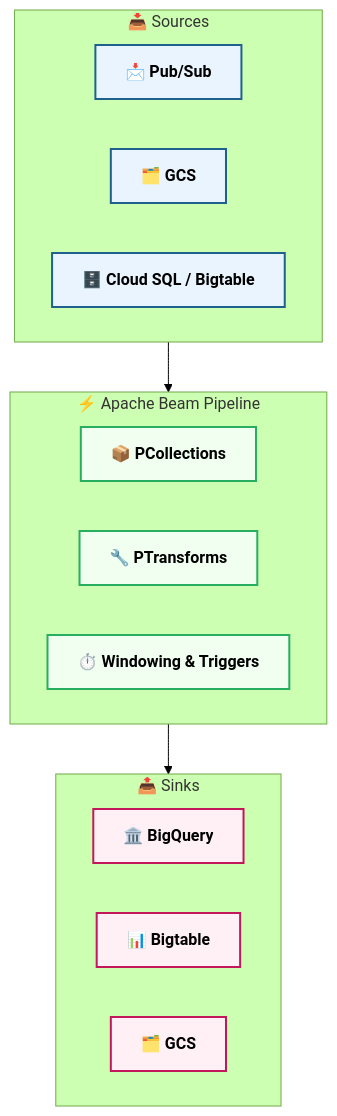
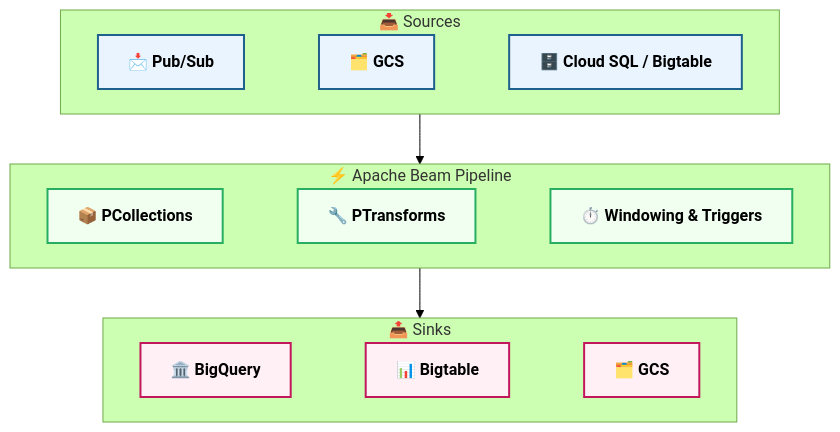
One commit to blaire101/DE2-AWS-Azure-GCP-2025 changed the eighth of 11 diagrams in GCP-interview.md. Above: the diagram before and after it, drawn with Mermaid (forest theme).

````diff
--- a/GCP-interview.md
+++ b/GCP-interview.md
@@ -366,34 +366,53 @@
 ```mermaid
+%%{init: {'flowchart': {'rankSpacing': 50, 'nodeSpacing': 30}}}%%
 flowchart TB
     %% ===== Styles =====
     classDef source fill:#eaf4ff,stroke:#1f618d,stroke-width:2px,color:#000,font-weight:bold
     classDef pipeline fill:#f0fff0,stroke:#27ae60,stroke-width:2px,color:#000,font-weight:bold
     classDef sink fill:#fff0f6,stroke:#c2185b,stroke-width:2px,color:#000,font-weight:bold
 
-    %% ===== Source Layer =====
+    %% ===== Source Layer (subgraph 内部横排) =====
     subgraph Source["📥 Sources"]
         direction LR
         Pub[📩 Pub/Sub]:::source
         GCS[🗂️ GCS]:::source
         DB[🗄️ Cloud SQL / Bigtable]:::source
+        %% 隐形连线，强制同一行
+        Pub --- GCS
+        GCS --- DB
     end
 
-    %% ===== Pipeline Layer =====
+    %% ===== Pipeline Layer (subgraph 内部横排) =====
     subgraph Pipeline["⚡ Apache Beam Pipeline"]
         direction LR
         PC[📦 PCollections]:::pipeline
         PT[🔧 PTransforms]:::pipeline
         WN[⏱️ Windowing & Triggers]:::pipeline
+        %% 隐形连线，强制同一行
+        PC --- PT
+        PT --- WN
     end
 
-    %% ===== Sink Layer =====
+    %% ===== Sink Layer (subgraph 内部横排) =====
     subgraph Sink["📤 Sinks"]
         direction LR
         BQ[🏛️ BigQuery]:::sink
         BT[📊 Bigtable]:::sink
         GCS2[🗂️ GCS]:::sink
+        %% 隐形连线，强制同一行
+        BQ --- BT
+        BT --- GCS2
     end
 
-    %% ===== Flows =====
-    Source --> Pipeline --> Sink
+    %% ===== Flows between layers (竖向堆叠) =====
+    Source --> Pipeline
+    Pipeline --> Sink
+
+    %% 把上面的“隐形连线”真正隐藏（前6条是三组 subgraph 内的连线）
+    linkStyle 0 stroke-width:0px,opacity:0
+    linkStyle 1 stroke-width:0px,opacity:0
+    linkStyle 2 stroke-width:0px,opacity:0
+    linkStyle 3 stroke-width:0px,opacity:0
+    linkStyle 4 stroke-width:0px,opacity:0
+    linkStyle 5 stroke-width:0px,opacity:0
 ```
````
